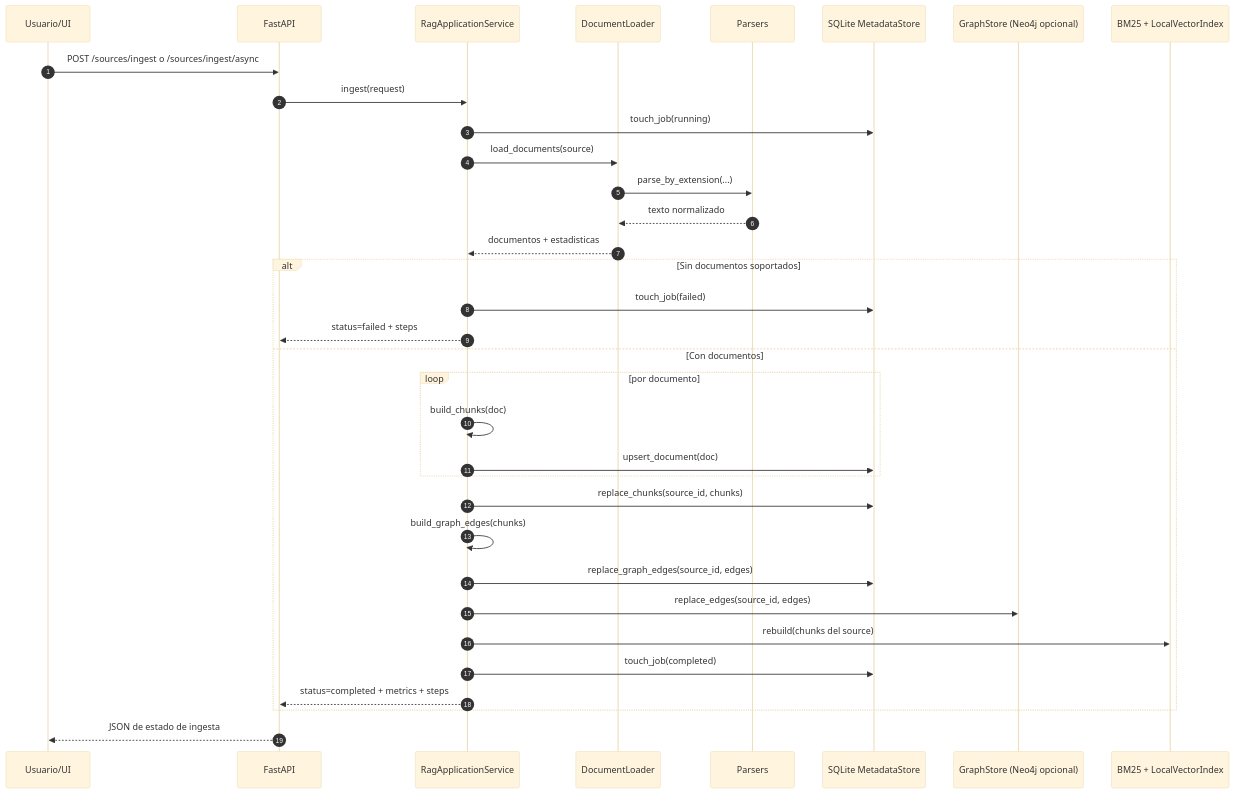
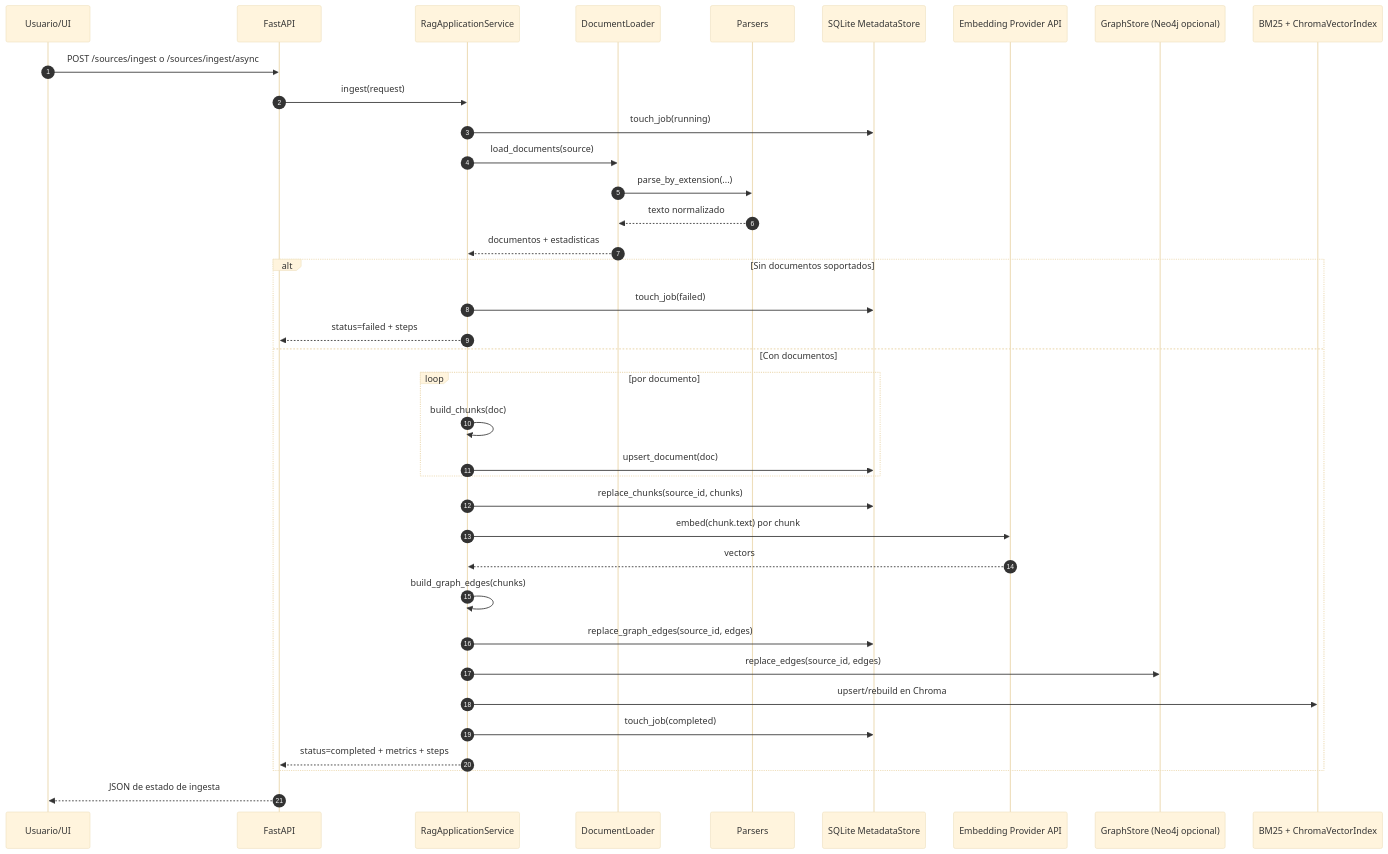
The third of 4 diagrams in docs/ARCHITECTURE.md (gherrerz/KDB-RAG-Docs), drawn with Mermaid (base theme) before and after one commit. The commit also changed other lines of this file and 19 other files, not shown here.

Commit message:
feat: enable embedded chroma runtime with strict provider embeddings

````diff
--- a/docs/ARCHITECTURE.md
+++ b/docs/ARCHITECTURE.md
@@ -149,40 +153,43 @@
 ```mermaid
 sequenceDiagram
     autonumber
     participant User as Usuario/UI
     participant API as FastAPI
     participant SVC as RagApplicationService
     participant DL as DocumentLoader
-  participant PRS as Parsers
+    participant PRS as Parsers
     participant DB as SQLite MetadataStore
+    participant EMB as Embedding Provider API
     participant GS as GraphStore (Neo4j opcional)
-    participant IDX as BM25 + LocalVectorIndex
+    participant IDX as BM25 + ChromaVectorIndex
 
     User->>API: POST /sources/ingest o /sources/ingest/async
     API->>SVC: ingest(request)
     SVC->>DB: touch_job(running)
 
     SVC->>DL: load_documents(source)
     DL->>PRS: parse_by_extension(...)
     PRS-->>DL: texto normalizado
     DL-->>SVC: documentos + estadisticas
 
     alt Sin documentos soportados
         SVC->>DB: touch_job(failed)
         SVC-->>API: status=failed + steps
     else Con documentos
         loop por documento
             SVC->>SVC: build_chunks(doc)
             SVC->>DB: upsert_document(doc)
         end
         SVC->>DB: replace_chunks(source_id, chunks)
+        SVC->>EMB: embed(chunk.text) por chunk
+        EMB-->>SVC: vectors
         SVC->>SVC: build_graph_edges(chunks)
         SVC->>DB: replace_graph_edges(source_id, edges)
         SVC->>GS: replace_edges(source_id, edges)
-        SVC->>IDX: rebuild(chunks del source)
+        SVC->>IDX: upsert/rebuild en Chroma
         SVC->>DB: touch_job(completed)
         SVC-->>API: status=completed + metrics + steps
     end
 
     API-->>User: JSON de estado de ingesta
 ```
````
